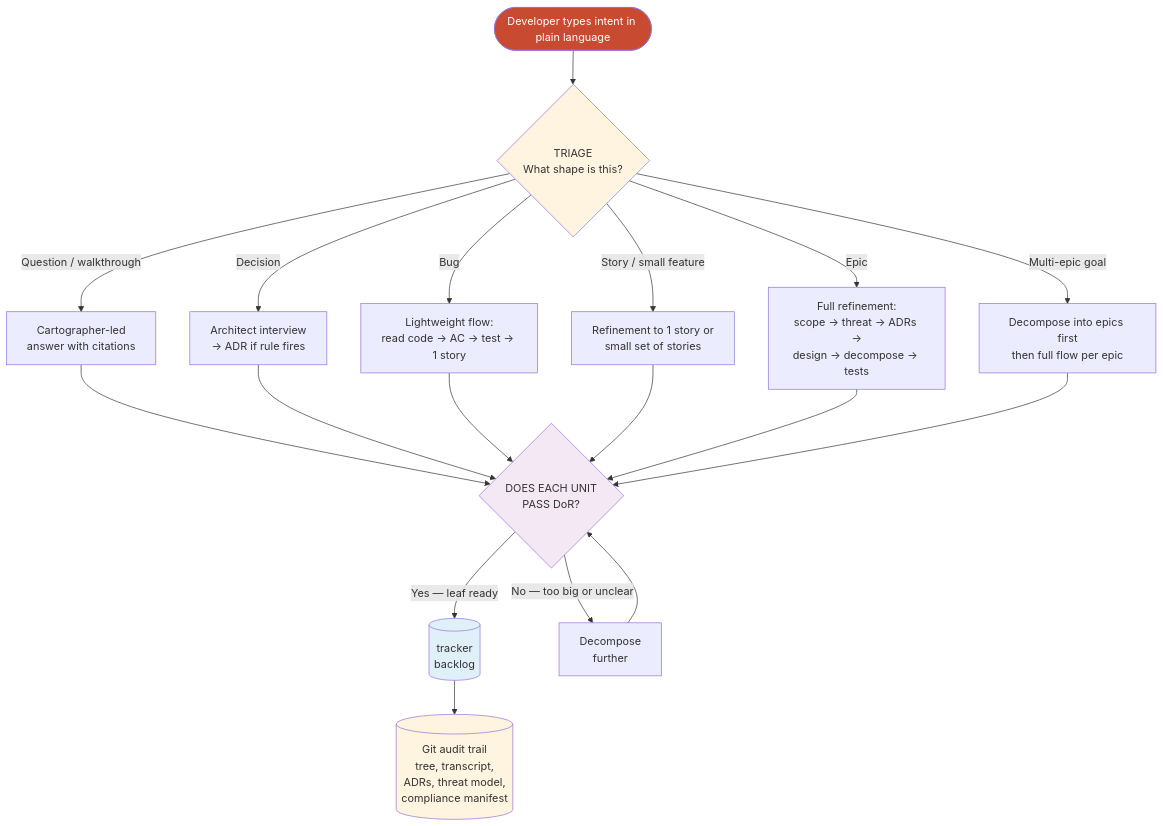
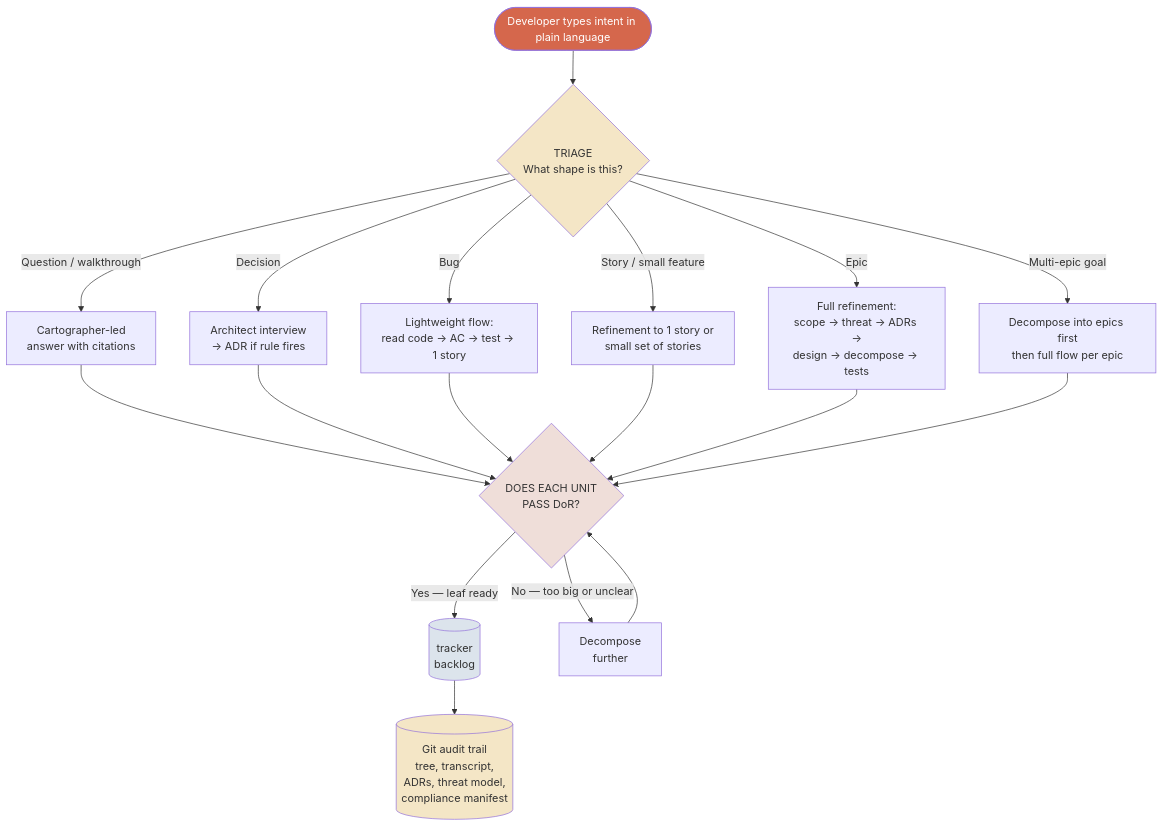
Before and after one commit to nlawstudio/ai-refinement-method: the first of 17 diagrams in METHOD.md, drawn with Mermaid. The commit also changed other lines of this file and 1 other file, not shown here.

````diff
--- a/METHOD.md
+++ b/METHOD.md
@@ -416,31 +437,31 @@
 ```mermaid
 flowchart TB
     Start([Developer types intent in plain language])
     Start --> Triage{TRIAGE<br/>What shape is this?}
 
     Triage -->|Question / walkthrough| Walk[Cartographer-led<br/>answer with citations]
     Triage -->|Decision| Decide[Architect interview<br/>→ ADR if rule fires]
     Triage -->|Bug| Bug[Lightweight flow:<br/>read code → AC → test → 1 story]
     Triage -->|Story / small feature| Story[Refinement to 1 story or<br/>small set of stories]
     Triage -->|Epic| Epic[Full refinement:<br/>scope → threat → ADRs →<br/>design → decompose → tests]
     Triage -->|Multi-epic goal| Multi[Decompose into epics first<br/>then full flow per epic]
 
     Walk --> Decompose{DOES EACH UNIT<br/>PASS DoR?}
     Decide --> Decompose
     Bug --> Decompose
     Story --> Decompose
     Epic --> Decompose
     Multi --> Decompose
 
     Decompose -->|Yes — leaf ready| tracker[(tracker<br/>backlog)]
     Decompose -->|No — too big or unclear| Recurse[Decompose<br/>further]
     Recurse --> Decompose
 
     tracker --> Audit[(Git audit trail<br/>tree, transcript,<br/>ADRs, threat model,<br/>compliance manifest)]
 
-    style Start fill:#C84B31,color:#fff
-    style Triage fill:#fff4e0
-    style Decompose fill:#f4e8f4
-    style tracker fill:#e0f0f8
-    style Audit fill:#fff4e0
+    style Start fill:#D5674C,color:#fff
+    style Triage fill:#F4E6C6
+    style Decompose fill:#EFDED9
+    style tracker fill:#DCE4EC
+    style Audit fill:#F4E6C6
 ```
````
